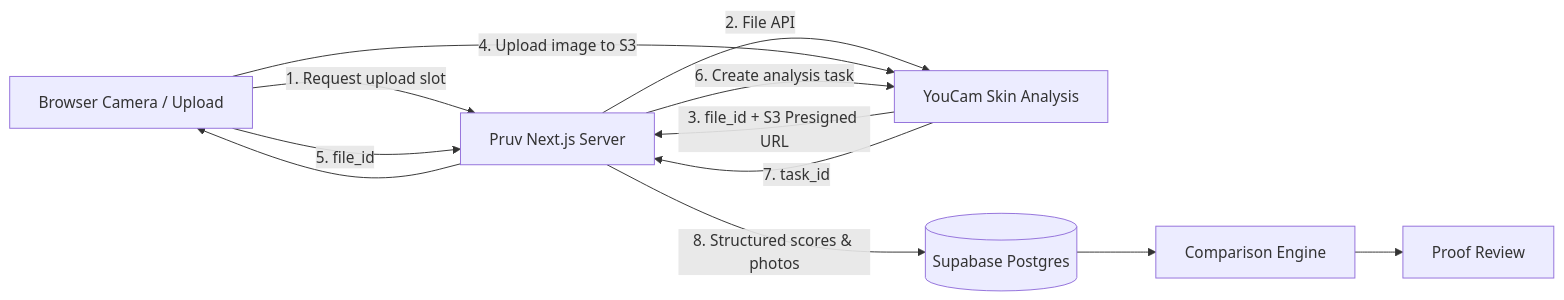
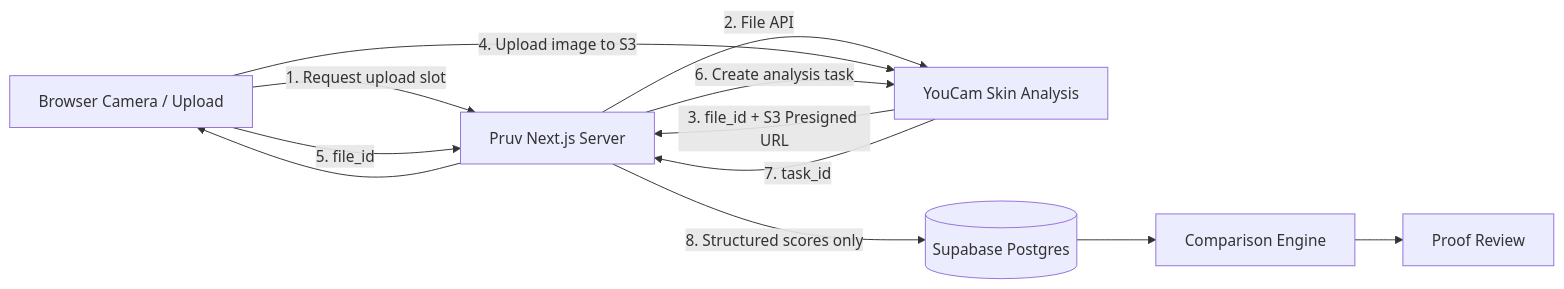
The first of 4 diagrams in docs/ARCHITECTURE.md (NikhilRaikwar/Pruv), drawn with Mermaid before and after one commit. The commit also changed other lines of this file and 11 other files, not shown here.

````diff
--- a/docs/ARCHITECTURE.md
+++ b/docs/ARCHITECTURE.md
@@ -11,21 +11,21 @@
 ```mermaid
 flowchart LR
     B[Browser Camera / Upload]
     S[Pruv Next.js Server]
     Y[YouCam Skin Analysis]
     D[(Supabase Postgres)]
     C[Comparison Engine]
     P[Proof Review]
 
     B -->|1. Request upload slot| S
     S -->|2. File API| Y
     Y -->|3. file_id + S3 Presigned URL| S
     S --> B
     B -->|4. Upload image to S3| Y
     B -->|5. file_id| S
     S -->|6. Create analysis task| Y
     Y -->|7. task_id| S
-    S -->|8. Structured scores & photos| D
+    S -->|8. Structured scores only| D
     D --> C
     C --> P
 ```
````
